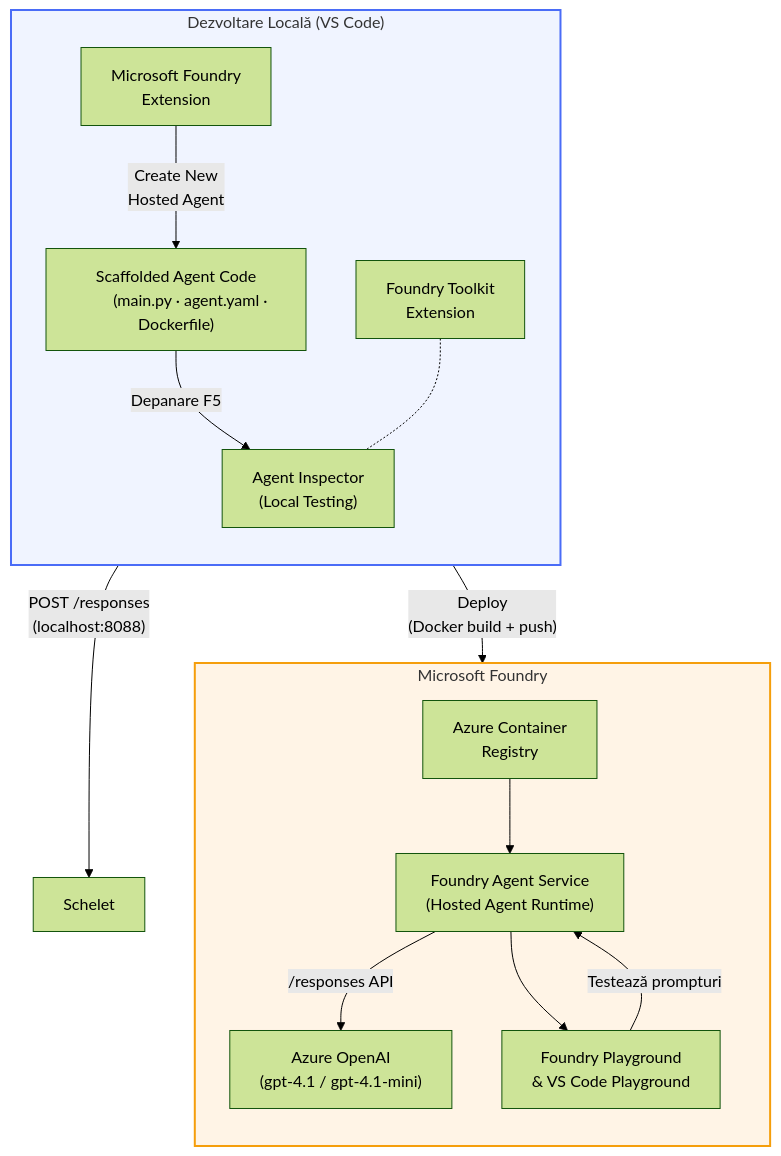
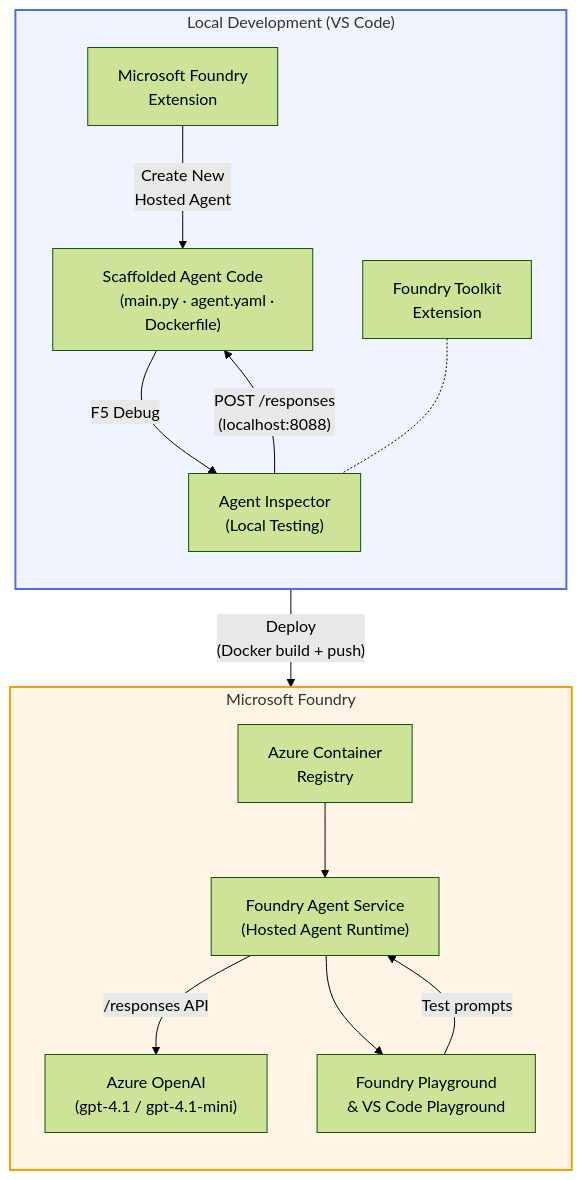
Before and after one commit to microsoft-foundry/Foundry_Toolkit_for_VSCode_Lab: the diagram in translations/ro/README.md, drawn with Mermaid (forest theme). The commit also changed other lines of this file and 8 other files, not shown here.

````diff
--- a/translations/ro/README.md
+++ b/translations/ro/README.md
@@ -52,42 +52,42 @@
 ```mermaid
 flowchart TB
-    subgraph Local["Dezvoltare Locală (VS Code)"]
+    subgraph Local["Local Development (VS Code)"]
         direction TB
         FE["Microsoft Foundry
         Extension"]
         FoundryToolkit["Foundry Toolkit
         Extension"]
         Scaffold["Scaffolded Agent Code
         (main.py · agent.yaml · Dockerfile)"]
         Inspector["Agent Inspector
         (Local Testing)"]
         FE -- "Create New
         Hosted Agent" --> Scaffold
-        Scaffold -- "Depanare F5" --> Inspector
+        Scaffold -- "F5 Debug" --> Inspector
         FoundryToolkit -.- Inspector
     end
 
     subgraph Cloud["Microsoft Foundry"]
         direction TB
         ACR["Azure Container
         Registry"]
         AgentService["Foundry Agent Service
         (Hosted Agent Runtime)"]
         Model["Azure OpenAI
         (gpt-4.1 / gpt-4.1-mini)"]
         Playground["Foundry Playground
         & VS Code Playground"]
         ACR --> AgentService
         AgentService -- "/responses API" --> Model
         AgentService --> Playground
     end
 
     Scaffold -- "Deploy
     (Docker build + push)" --> ACR
     Inspector -- "POST /responses
-    (localhost:8088)" --> Schelet
-    Playground -- "Testează prompturi" --> AgentService
+    (localhost:8088)" --> Scaffold
+    Playground -- "Test prompts" --> AgentService
 
     style Local fill:#f0f4ff,stroke:#4a6cf7,stroke-width:2px
     style Cloud fill:#fff4e6,stroke:#f59e0b,stroke-width:2px
 ```
````
